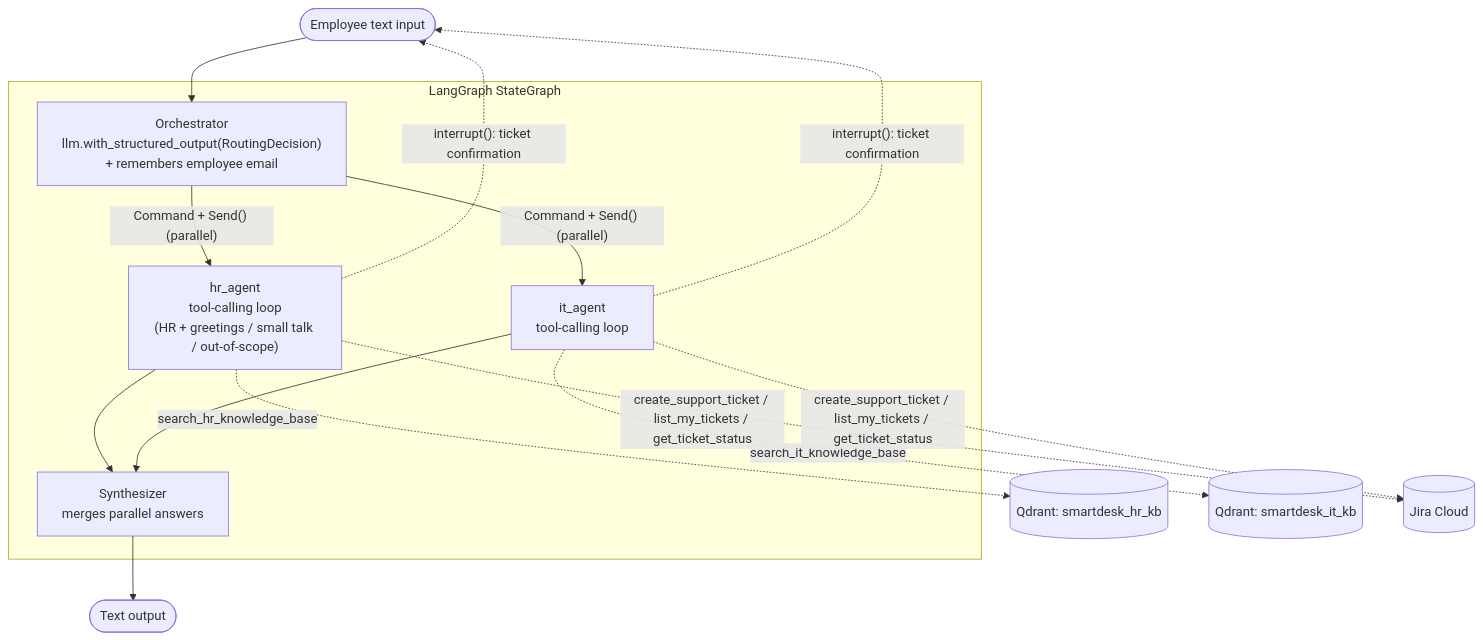
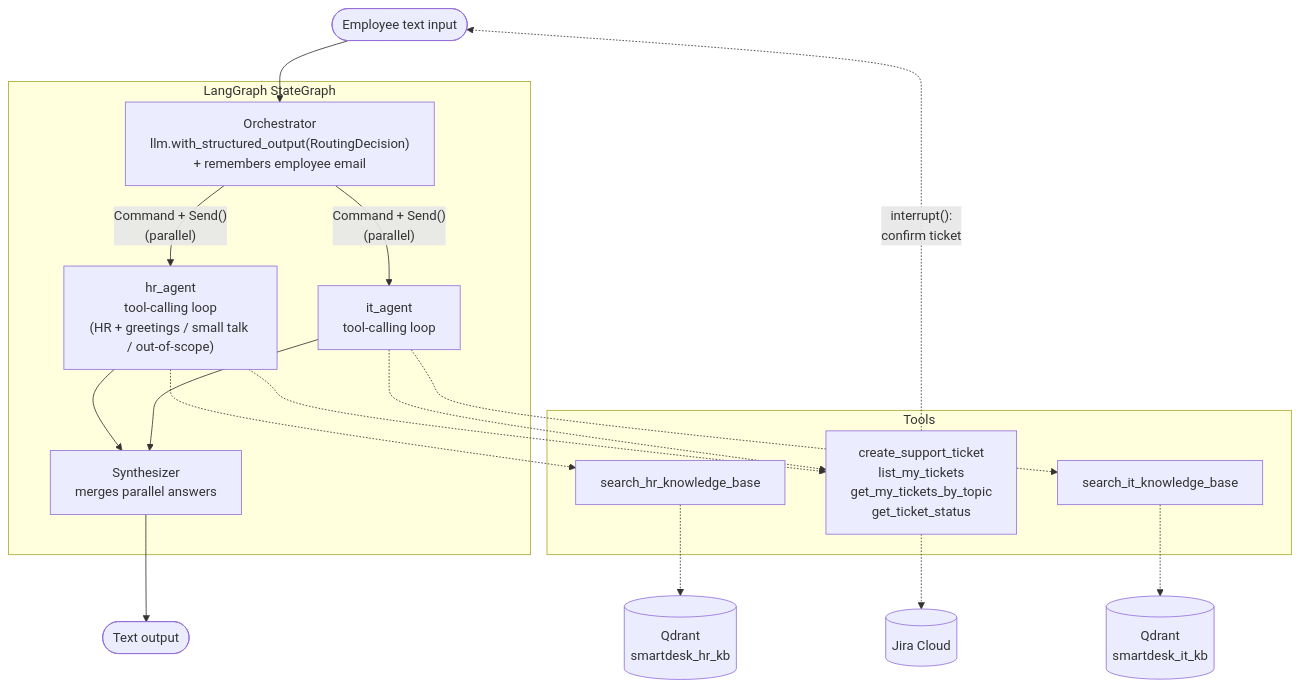
Before and after one commit to medha-joshi/moxa-smartdesk-ai: the first of 4 diagrams in README.md, drawn with Mermaid. The commit also changed other lines of this file and 36 other files, not shown here.

````diff
--- a/README.md
+++ b/README.md
@@ -13,22 +39,33 @@
 ```mermaid
 flowchart TD
     U([Employee text input]) --> O
 
-    subgraph LangGraph StateGraph
+    subgraph LG["LangGraph StateGraph"]
         O["Orchestrator<br/>llm.with_structured_output(RoutingDecision)<br/>+ remembers employee email"]
-        O -- "Command + Send() (parallel)" --> HR
-        O -- "Command + Send() (parallel)" --> IT
         HR["hr_agent<br/>tool-calling loop<br/>(HR + greetings / small talk / out-of-scope)"]
         IT["it_agent<br/>tool-calling loop"]
+        S["Synthesizer<br/>merges parallel answers"]
+        O -- "Command + Send()<br/>(parallel)" --> HR
+        O -- "Command + Send()<br/>(parallel)" --> IT
         HR --> S
         IT --> S
-        S["Synthesizer<br/>merges parallel answers"]
     end
 
     S --> R([Text output])
 
-    HR -. search_hr_knowledge_base .-> HRKB[("Qdrant: smartdesk_hr_kb")]
-    IT -. search_it_knowledge_base .-> ITKB[("Qdrant: smartdesk_it_kb")]
-    HR & IT -. "create_support_ticket / list_my_tickets / get_ticket_status" .-> J[(Jira Cloud)]
-    HR & IT -. "interrupt(): ticket confirmation" .-> U
+    subgraph TOOLS["Tools"]
+        HRT["search_hr_knowledge_base"]
+        ITT["search_it_knowledge_base"]
+        JT["create_support_ticket<br/>list_my_tickets<br/>get_my_tickets_by_topic<br/>get_ticket_status"]
+    end
+
+    HR -.-> HRT
+    IT -.-> ITT
+    HR -.-> JT
+    IT -.-> JT
+
+    HRT -.-> HRKB[("Qdrant<br/>smartdesk_hr_kb")]
+    ITT -.-> ITKB[("Qdrant<br/>smartdesk_it_kb")]
+    JT -.-> J[("Jira Cloud")]
+    JT -. "interrupt():<br/>confirm ticket" .-> U
 ```
````
